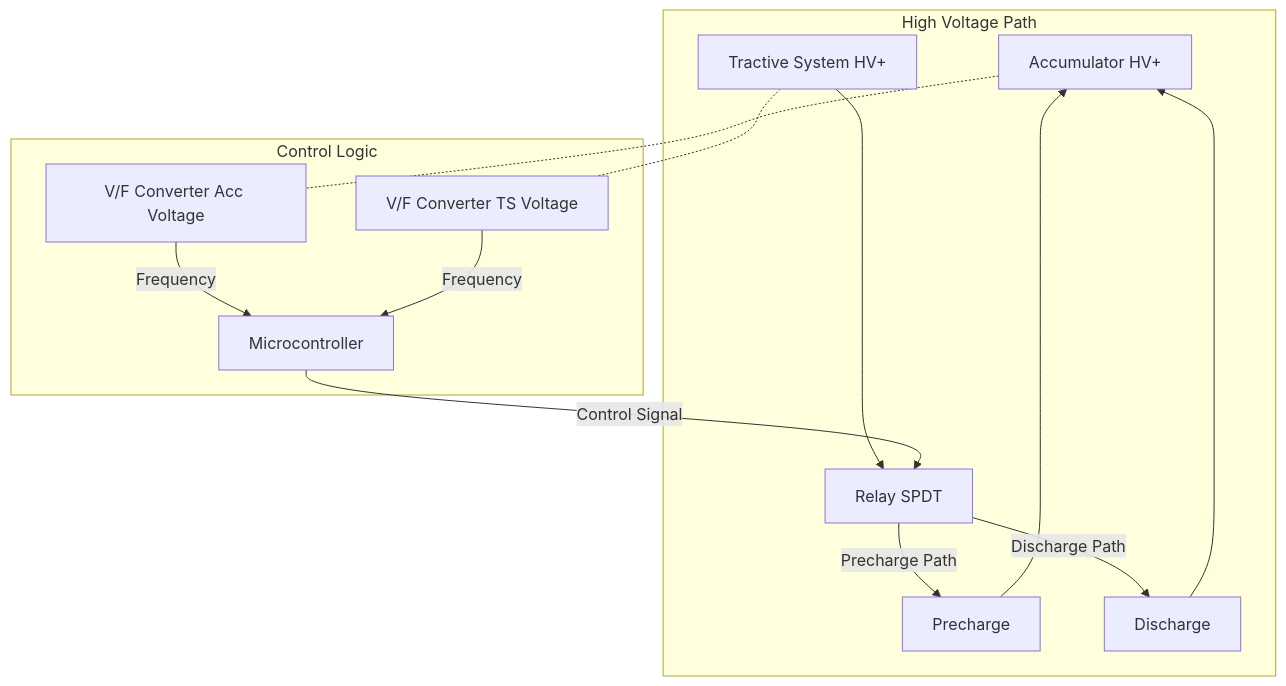
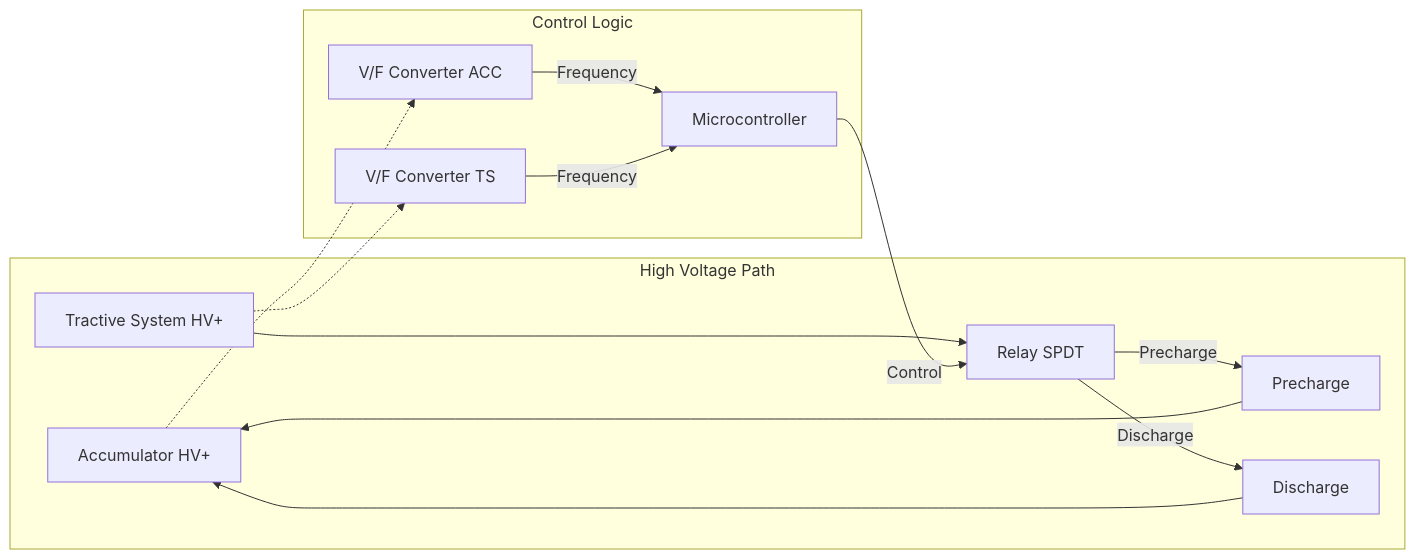
The diagram in buildbook.md (HYAlbert/EV-Documentation), drawn with Mermaid before and after one commit.

Commit message:
hopefully it works

````diff
--- a/buildbook.md
+++ b/buildbook.md
@@ -249,28 +249,32 @@
 ```mermaid
-graph TD
-    subgraph HV_Path [High Voltage Path]
-        ACC[Accumulator HV+]
-        TS[Tractive System HV+]
-        K3[Relay SPDT]
+flowchart LR
+    %% ===== High Voltage Path =====
+    subgraph HV_Path ["High Voltage Path"]
+        ACC["Accumulator HV+"]
+        TS["Tractive System HV+"]
+        K3["Relay SPDT"]
+        P_STATE["Precharge"]
+        D_STATE["Discharge"]
         
         TS --> K3
-        K3 -- Precharge Path --> P_STATE[Precharge]
-        K3 -- Discharge Path --> D_STATE[Discharge]
+        K3 -->|Precharge| P_STATE
+        K3 -->|Discharge| D_STATE
         P_STATE --> ACC
         D_STATE --> ACC
     end
 
-    subgraph Control [Control Logic]
-        MCU[Microcontroller]
-        VFC1[V/F Converter Acc Voltage]
-        VFC2[V/F Converter TS Voltage]
+    %% ===== Control Logic =====
+    subgraph Control ["Control Logic"]
+        MCU["Microcontroller"]
+        VFC1["V/F Converter ACC"]
+        VFC2["V/F Converter TS"]
         
         VFC1 -->|Frequency| MCU
         VFC2 -->|Frequency| MCU
-        MCU -->|Control Signal| K3
+        MCU -->|Control| K3
     end
 
-    %% Sensing Connections
-    ACC -.- VFC1
-    TS -.- VFC2
+    %% Sensing (dotted connections)
+    ACC -.-> VFC1
+    TS -.-> VFC2
 ```
````
